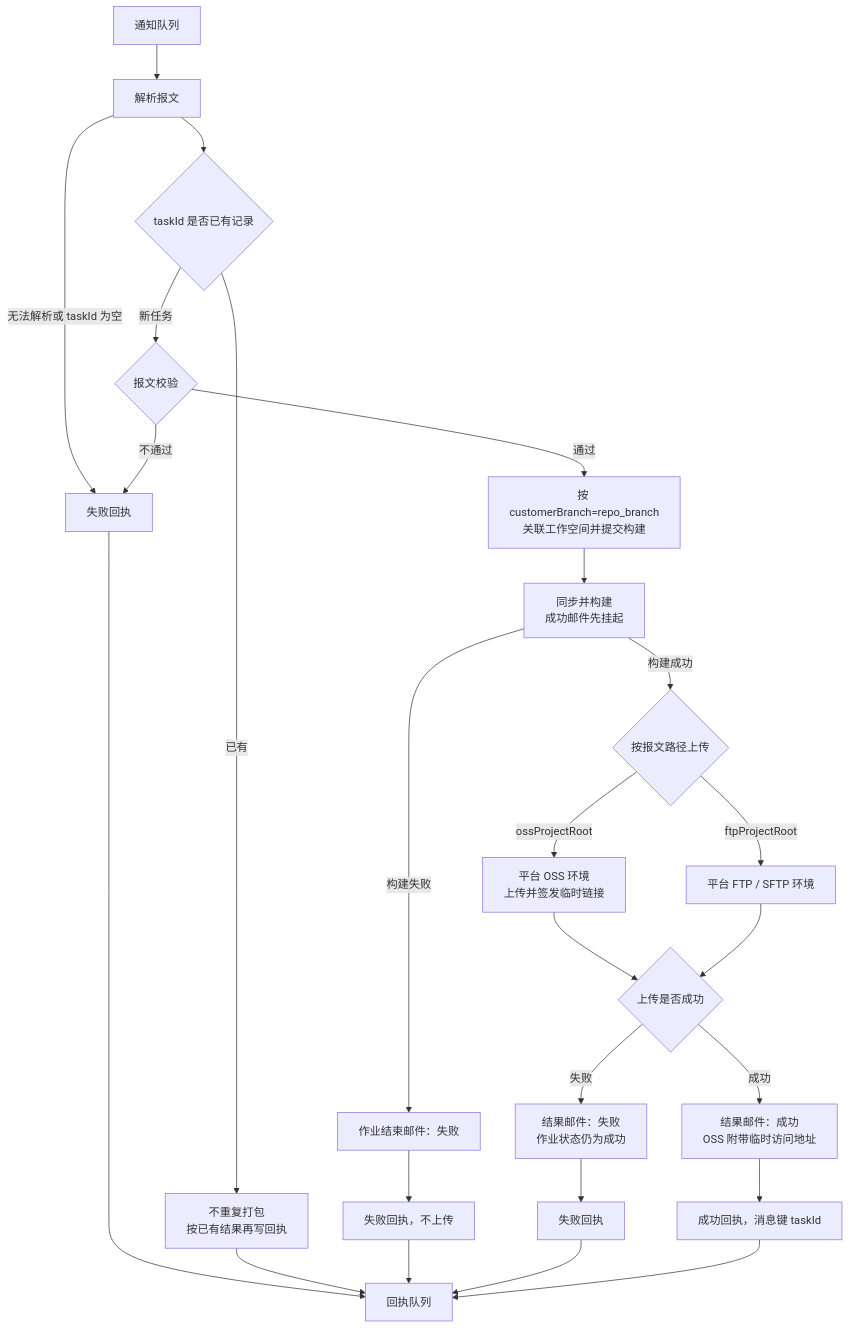
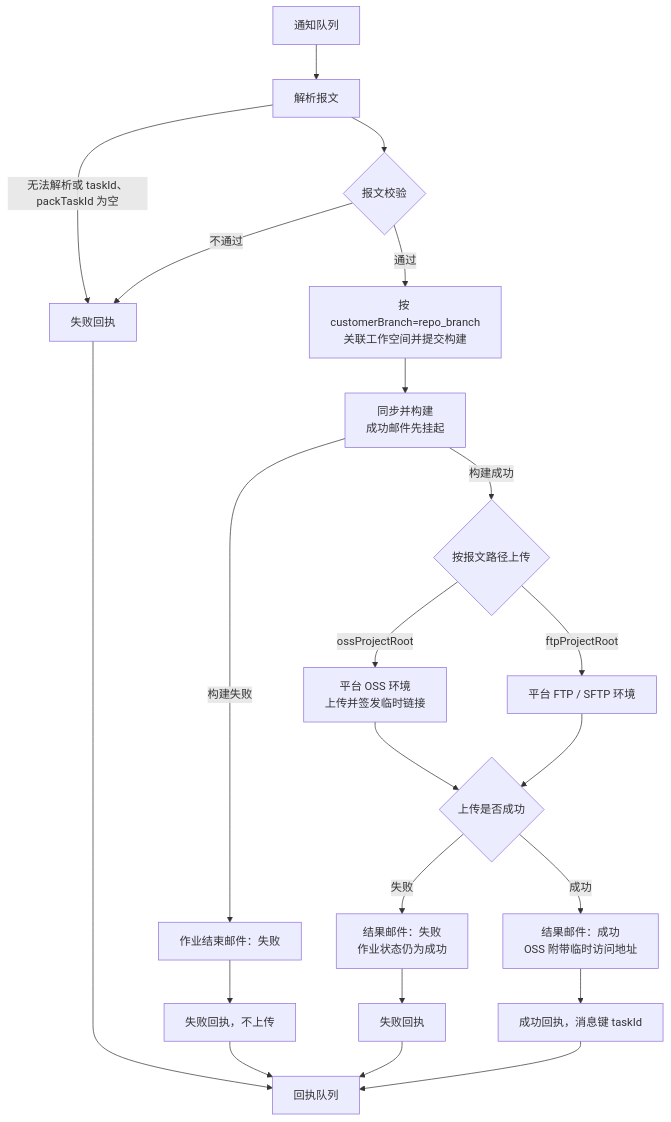
The diagram in README.md (fluxsce/auto-pack), drawn with Mermaid before and after one commit. The commit also changed other lines of this file and 181 other files, not shown here.

````diff
--- a/README.md
+++ b/README.md
@@ -110,27 +110,24 @@
 ```mermaid
 flowchart TD
   MQ["通知队列"] --> Parse["解析报文"]
-  Parse -->|无法解析或 taskId 为空| ReceiptFail["失败回执"]
-  Parse --> Claim{"taskId 是否已有记录"}
-  Claim -->|已有| Replay["不重复打包<br/>按已有结果再写回执"]
-  Claim -->|新任务| Check{"报文校验"}
+  Parse -->|无法解析或 taskId、packTaskId 为空| ReceiptFail["失败回执"]
+  Parse --> Check{"报文校验"}
   Check -->|不通过| ReceiptFail
   Check -->|通过| Job["按 customerBranch=repo_branch<br/>关联工作空间并提交构建"]
   Job --> Run["同步并构建<br/>成功邮件先挂起"]
   Run -->|构建失败| FailMail["作业结束邮件：失败"]
   FailMail --> ReceiptBuild["失败回执，不上传"]
   Run -->|构建成功| Upload{"按报文路径上传"}
   Upload -->|ossProjectRoot| OSS["平台 OSS 环境<br/>上传并签发临时链接"]
   Upload -->|ftpProjectRoot| FTP["平台 FTP / SFTP 环境"]
   OSS --> UpOK{"上传是否成功"}
   FTP --> UpOK
   UpOK -->|失败| UpMail["结果邮件：失败<br/>作业状态仍为成功"]
   UpMail --> ReceiptUp["失败回执"]
   UpOK -->|成功| OkMail["结果邮件：成功<br/>OSS 附带临时访问地址"]
   OkMail --> ReceiptOK["成功回执，消息键 taskId"]
   ReceiptFail --> MQOut["回执队列"]
-  Replay --> MQOut
   ReceiptBuild --> MQOut
   ReceiptUp --> MQOut
   ReceiptOK --> MQOut
 ```
````
